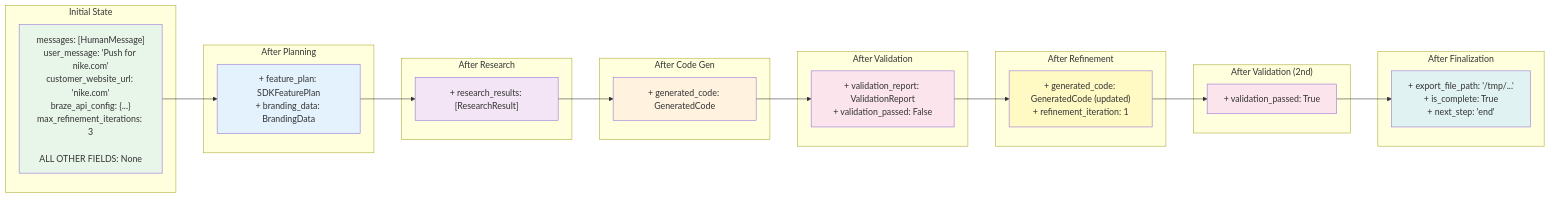
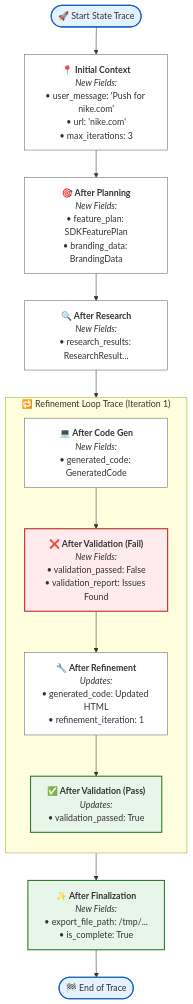
Before and after one commit to jacobjaffe972/braze-sdk-demo-builder: the fifth of 6 diagrams in docs/WORKFLOW_DIAGRAMS.md, drawn with Mermaid. The commit also changed other lines of this file, not shown here.

First line of the commit message:
fix: Add mermaid code fences to workflow diagrams for GitHub rendering

````diff
--- a/docs/WORKFLOW_DIAGRAMS.md
+++ b/docs/WORKFLOW_DIAGRAMS.md
@@ -432,45 +340,43 @@
 ```mermaid
-graph LR
-    subgraph "Initial State"
-        S0["messages: [HumanMessage]<br/>user_message: 'Push for nike.com'<br/>customer_website_url: 'nike.com'<br/>braze_api_config: {...}<br/>max_refinement_iterations: 3<br/><br/>ALL OTHER FIELDS: None"]
+flowchart TD
+    Start([🚀 Start State Trace]) --> S0
+
+    S0["<b>📍 Initial Context</b><br/><i>New Fields:</i><br/>• user_message: 'Push for nike.com'<br/>• url: 'nike.com'<br/>• max_iterations: 3"]
+
+    S0 --> S1
+    S1["<b>🎯 After Planning</b><br/><i>New Fields:</i><br/>• feature_plan: SDKFeaturePlan<br/>• branding_data: BrandingData"]
+
+    S1 --> S2
+    S2["<b>🔍 After Research</b><br/><i>New Fields:</i><br/>• research_results: ResearchResult..."]
+
+    S2 --> S3
+    S3["<b>💻 After Code Gen</b><br/><i>New Fields:</i><br/>• generated_code: GeneratedCode"]
+
+    subgraph LoopTrace["🔁 Refinement Loop Trace (Iteration 1)"]
+        direction TB
+
+        S3 --> S4
+        S4["<b>❌ After Validation (Fail)</b><br/><i>New Fields:</i><br/>• validation_passed: False<br/>• validation_report: Issues Found"]
+
+        S4 --> S5
+        S5["<b>🔧 After Refinement</b><br/><i>Updates:</i><br/>• generated_code: Updated HTML<br/>• refinement_iteration: 1"]
+
+        S5 --> S6
+        S6["<b>✅ After Validation (Pass)</b><br/><i>Updates:</i><br/>• validation_passed: True"]
     end
 
-    subgraph "After Planning"
-        S1["+ feature_plan: SDKFeaturePlan<br/>+ branding_data: BrandingData"]
-    end
+    S6 --> S7
+    S7["<b>✨ After Finalization</b><br/><i>New Fields:</i><br/>• export_file_path: /tmp/...<br/>• is_complete: True"]
 
-    subgraph "After Research"
-        S2["+ research_results: [ResearchResult]"]
-    end
+    S7 --> End([🏁 End of Trace])
 
-    subgraph "After Code Gen"
-        S3["+ generated_code: GeneratedCode"]
-    end
+    classDef base fill:#fff,stroke:#666,stroke-width:1px
+    classDef context fill:#e3f2fd,stroke:#1565c0,stroke-width:2px
+    classDef fail fill:#ffebee,stroke:#c62828,stroke-width:2px
+    classDef success fill:#e8f5e9,stroke:#2e7d32,stroke-width:2px
 
-    subgraph "After Validation"
-        S4["+ validation_report: ValidationReport<br/>+ validation_passed: False"]
-    end
-
-    subgraph "After Refinement"
-        S5["+ generated_code: GeneratedCode (updated)<br/>+ refinement_iteration: 1"]
-    end
-
-    subgraph "After Validation (2nd)"
-        S6["+ validation_passed: True"]
-    end
-
-    subgraph "After Finalization"
-        S7["+ export_file_path: '/tmp/...'<br/>+ is_complete: True<br/>+ next_step: 'end'"]
-    end
-
-    S0 --> S1 --> S2 --> S3 --> S4 --> S5 --> S6 --> S7
-
-    style S0 fill:#e8f5e9
-    style S1 fill:#e3f2fd
-    style S2 fill:#f3e5f5
-    style S3 fill:#fff3e0
-    style S4 fill:#fce4ec
-    style S5 fill:#fff9c4
-    style S6 fill:#fce4ec
-    style S7 fill:#e0f2f1
+    class S0,S1,S2,S3,S5 base
+    class S4 fail
+    class S6,S7 success
+    class Start,End context
 ```
````
